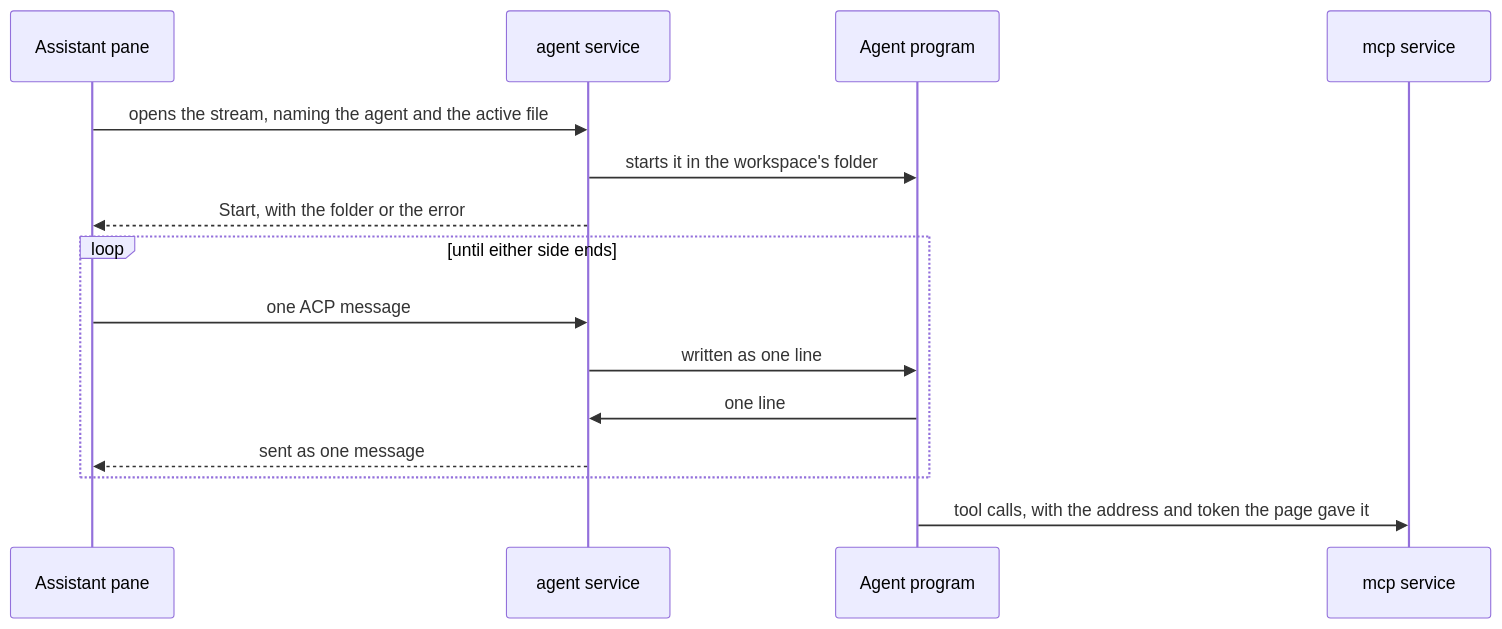
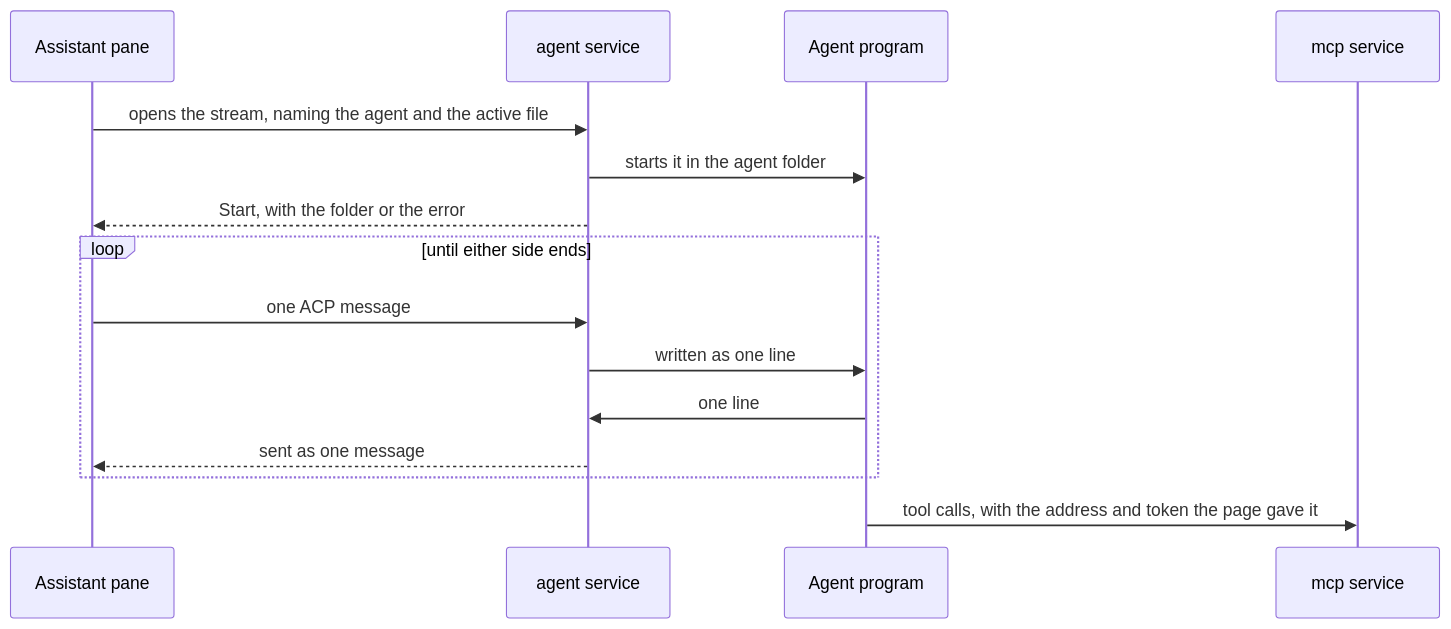
One commit to idodavis/paradox-modding-tools changed the diagram in services/agent/README.md. Above: the diagram before and after it, drawn with Mermaid. The commit also changed other lines of this file and 158 other files, not shown here.

First line of the commit message:
Graph rebuild: goods, buildings, technologies and events on one page

````diff
--- a/services/agent/README.md
+++ b/services/agent/README.md
@@ -17,17 +17,17 @@
 ```mermaid
 sequenceDiagram
   participant Page as Assistant pane
   participant Go as agent service
   participant Agent as Agent program
   participant MCP as mcp service
   Page->>Go: opens the stream, naming the agent and the active file
-  Go->>Agent: starts it in the workspace's folder
+  Go->>Agent: starts it in the agent folder
   Go-->>Page: Start, with the folder or the error
   loop until either side ends
     Page->>Go: one ACP message
     Go->>Agent: written as one line
     Agent->>Go: one line
     Go-->>Page: sent as one message
   end
   Agent->>MCP: tool calls, with the address and token the page gave it
 ```
````
